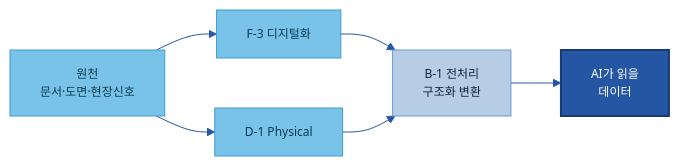
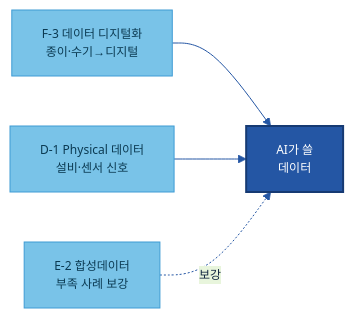
Before and after one commit to jin-kearney/ai-ready-data-manual: the first of 7 diagrams in 전체 목차/00 전체 목차 (20개 주제).md, drawn with Mermaid. The commit also changed other lines of this file and 1 other file, not shown here.

````diff
--- a/전체 목차/00 전체 목차 (20개 주제).md
+++ b/전체 목차/00 전체 목차 (20개 주제).md
@@ -75,12 +65,9 @@
 ```mermaid
 %%{init: {'theme':'base','themeVariables':{'primaryColor':'#DCE8F5','primaryBorderColor':'#2456A4','primaryTextColor':'#10243f','lineColor':'#2456A4','fontSize':'12px'}}}%%
 flowchart LR
-    RAW["원천<br/>문서·도면·현장신호"]:::src --> DIG["F-3 디지털화"]:::src
-    RAW --> PHY["D-1 Physical"]:::src
-    DIG --> PRE["B-1 전처리<br/>구조화 변환"]:::n
-    PHY --> PRE
-    PRE --> OUT["AI가 읽을<br/>데이터"]:::cat
-    classDef n fill:#B7CDE6,stroke:#6B9AD1,color:#10243f;
+    DIG["F-3 데이터 디지털화<br/>종이·수기→디지털"]:::src --> POOL["AI가 쓸<br/>데이터"]:::cat
+    PHY["D-1 Physical 데이터<br/>설비·센서 신호"]:::src --> POOL
+    SYN["E-2 합성데이터<br/>부족 사례 보강"]:::src -.보강.-> POOL
     classDef src fill:#79C3E8,stroke:#3F9BD4,color:#0b3a52;
     classDef cat fill:#2456A4,color:#fff,stroke:#163a73,stroke-width:2px;
 ```
````
